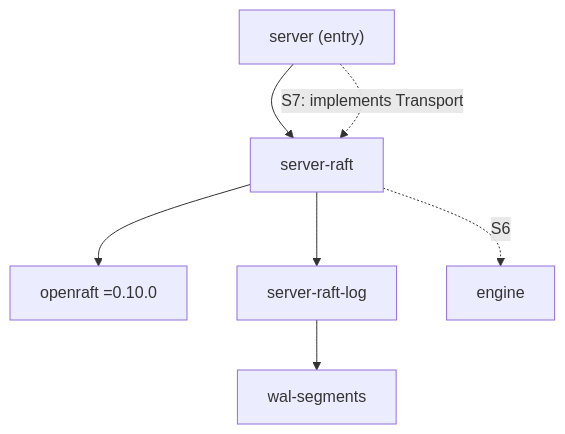
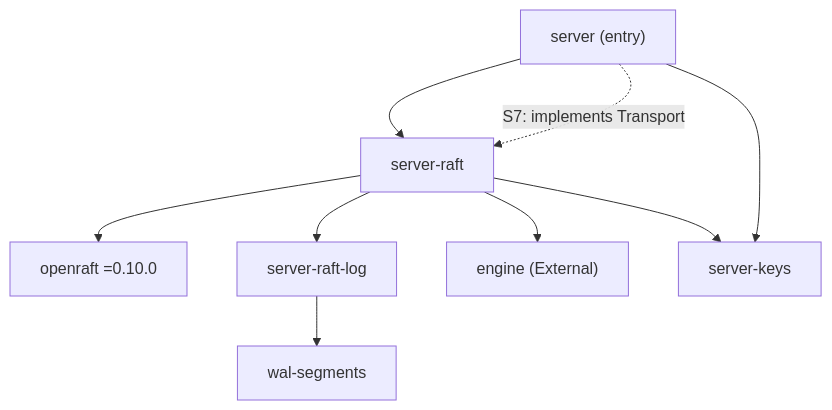
One commit to raydatray/peppydb changed the diagram in docs/design/server-raft.md. Above: the diagram before and after it, drawn with Mermaid. The commit also changed other lines of this file and 7 other files, not shown here.

````diff
--- a/docs/design/server-raft.md
+++ b/docs/design/server-raft.md
@@ -36,9 +38,11 @@
 ```mermaid
 flowchart TB
     server["server (entry)"] --> sraft["server-raft"]
     sraft --> openraft["openraft =0.10.0"]
     sraft --> srlog["server-raft-log"]
     srlog --> seg["wal-segments"]
-    sraft -. "S6" .-> engine["engine"]
+    sraft --> engine["engine (External)"]
+    sraft --> keys["server-keys"]
+    server --> keys
     server -. "S7: implements Transport" .-> sraft
 ```
````
